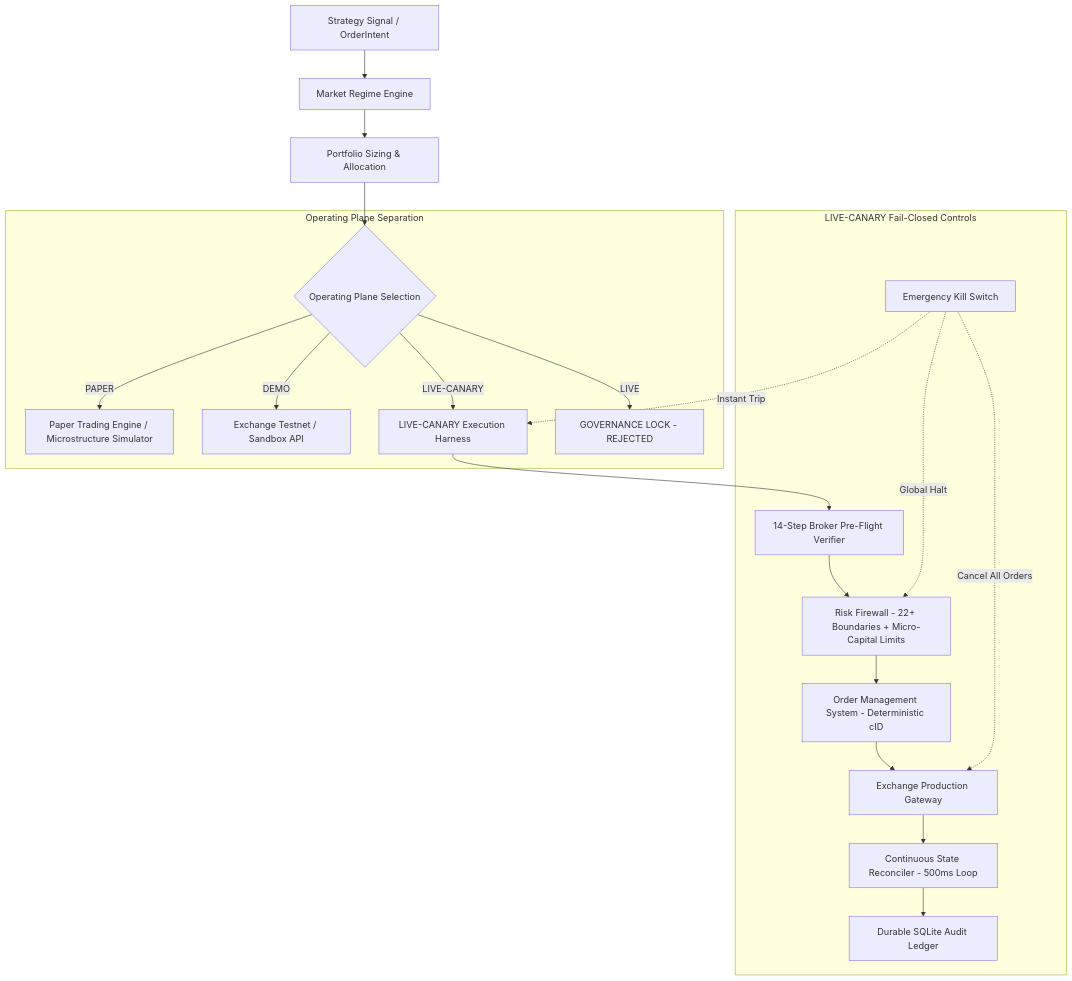
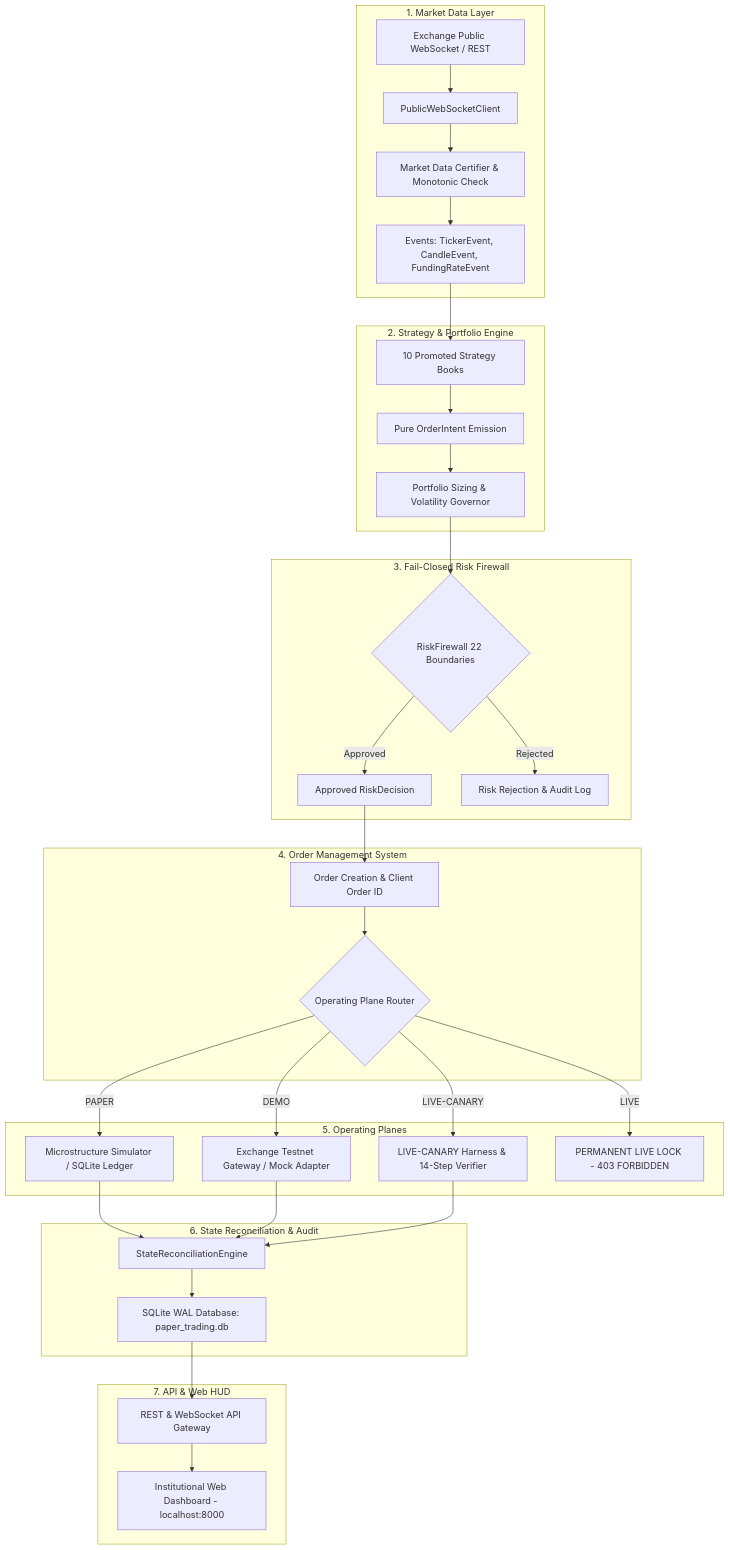
Before and after one commit to Quantitative-Systems/crypto-platform: the first of 2 diagrams in README.md, drawn with Mermaid. The commit also changed other lines of this file and 8 other files, not shown here.

Commit message:
feat(release): finalize local production readiness, UI/API defect fixes, and canonical documentation

````diff
--- a/README.md
+++ b/README.md
@@ -31,26 +79,44 @@
 ```mermaid
-graph TD
-    A[Strategy Signal / OrderIntent] --> B[Market Regime Engine]
-    B --> C[Portfolio Sizing & Allocation]
-    C --> D{Operating Plane Selection}
-    
-    subgraph "Operating Plane Separation"
-        D -->|PAPER| E[Paper Trading Engine / Microstructure Simulator]
-        D -->|DEMO| F[Exchange Testnet / Sandbox API]
-        D -->|LIVE-CANARY| G[LIVE-CANARY Execution Harness]
-        D -->|LIVE| H[GOVERNANCE LOCK - REJECTED]
+flowchart TD
+    subgraph MarketData ["1. Market Data Layer"]
+        A1[Exchange Public WebSocket / REST] --> A2[PublicWebSocketClient]
+        A2 --> A3[Market Data Certifier & Monotonic Check]
+        A3 --> A4[Events: TickerEvent, CandleEvent, FundingRateEvent]
     end
-    
-    subgraph "LIVE-CANARY Fail-Closed Controls"
-        G --> I[14-Step Broker Pre-Flight Verifier]
-        I --> J[Risk Firewall - 22+ Boundaries + Micro-Capital Limits]
-        J --> K[Order Management System - Deterministic cID]
-        K --> L[Exchange Production Gateway]
-        L --> M[Continuous State Reconciler - 500ms Loop]
-        M --> N[Durable SQLite Audit Ledger]
-        
-        O[Emergency Kill Switch] -.->|Instant Trip| G
-        O -.->|Cancel All Orders| L
-        O -.->|Global Halt| J
+
+    subgraph StrategyLayer ["2. Strategy & Portfolio Engine"]
+        A4 --> B1[10 Promoted Strategy Books]
+        B1 --> B2[Pure OrderIntent Emission]
+        B2 --> B3[Portfolio Sizing & Volatility Governor]
+    end
+
+    subgraph RiskLayer ["3. Fail-Closed Risk Firewall"]
+        B3 --> C1{RiskFirewall 22 Boundaries}
+        C1 -->|Approved| C2[Approved RiskDecision]
+        C1 -->|Rejected| C3[Risk Rejection & Audit Log]
+    end
+
+    subgraph OMSLayer ["4. Order Management System"]
+        C2 --> D1[Order Creation & Client Order ID]
+        D1 --> D2{Operating Plane Router}
+    end
+
+    subgraph ExecutionPlanes ["5. Operating Planes"]
+        D2 -->|PAPER| E1[Microstructure Simulator / SQLite Ledger]
+        D2 -->|DEMO| E2[Exchange Testnet Gateway / Mock Adapter]
+        D2 -->|LIVE-CANARY| E3[LIVE-CANARY Harness & 14-Step Verifier]
+        D2 -->|LIVE| E4[PERMANENT LIVE LOCK - 403 FORBIDDEN]
+    end
+
+    subgraph ReconciliationLayer ["6. State Reconciliation & Audit"]
+        E1 --> F1[StateReconciliationEngine]
+        E2 --> F1
+        E3 --> F1
+        F1 --> F2[SQLite WAL Database: paper_trading.db]
+    end
+
+    subgraph PresentationLayer ["7. API & Web HUD"]
+        F2 --> G1[REST & WebSocket API Gateway]
+        G1 --> G2[Institutional Web Dashboard - localhost:8000]
     end
 ```
````
